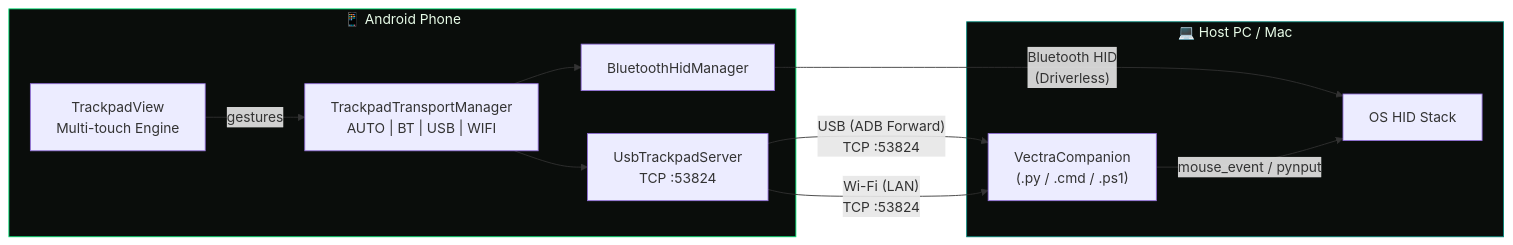
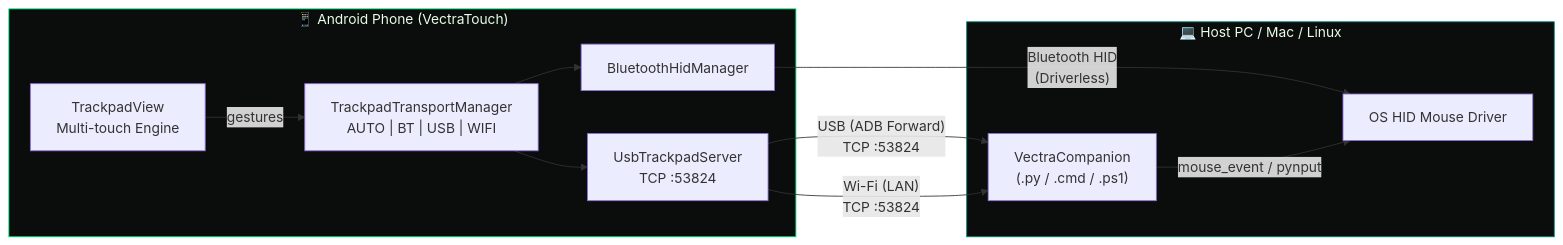
The first of 2 diagrams in README.md (subhranilBCG/VectraTouch), drawn with Mermaid before and after one commit. The commit also changed other lines of this file and 3 other files, not shown here.

Commit message:
Rename to VectraTouch: Phone as PC Trackpad & Mouse

````diff
--- a/README.md
+++ b/README.md
@@ -114,26 +121,26 @@
 ```mermaid
 graph LR
-    subgraph Phone["📱 Android Phone"]
+    subgraph Phone["📱 Android Phone (VectraTouch)"]
         TV["TrackpadView<br/>Multi-touch Engine"]
         TTM["TrackpadTransportManager<br/>AUTO | BT | USB | WIFI"]
         BHM["BluetoothHidManager"]
         UTS["UsbTrackpadServer<br/>TCP :53824"]
     end
 
     TV -->|"gestures"| TTM
     TTM --> BHM
     TTM --> UTS
 
-    subgraph PC["💻 Host PC / Mac"]
-        OS["OS HID Stack"]
+    subgraph PC["💻 Host PC / Mac / Linux"]
+        OS["OS HID Mouse Driver"]
         Companion["VectraCompanion<br/>(.py / .cmd / .ps1)"]
     end
 
     BHM -->|"Bluetooth HID<br/>(Driverless)"| OS
     UTS -->|"USB (ADB Forward)<br/>TCP :53824"| Companion
     UTS -->|"Wi-Fi (LAN)<br/>TCP :53824"| Companion
     Companion -->|"mouse_event / pynput"| OS
 
     style Phone fill:#0A0D0B,stroke:#00E676,color:#E8FCE8
     style PC fill:#0A0D0B,stroke:#00897B,color:#E8FCE8
 ```
````
